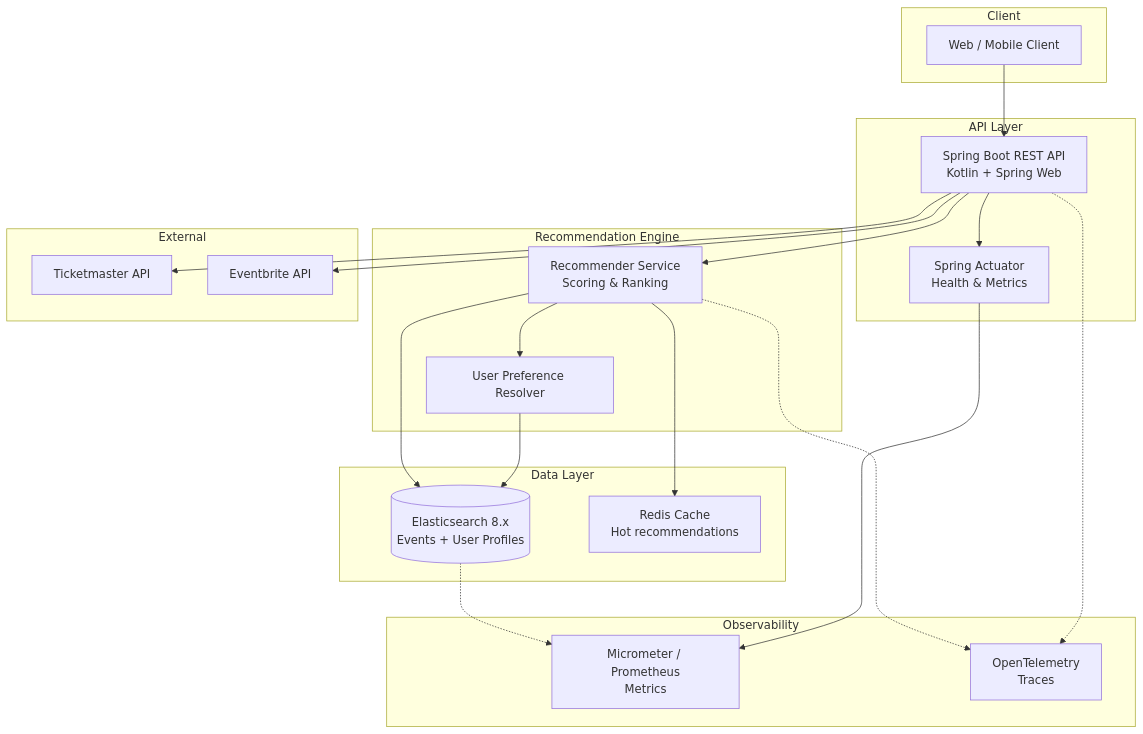
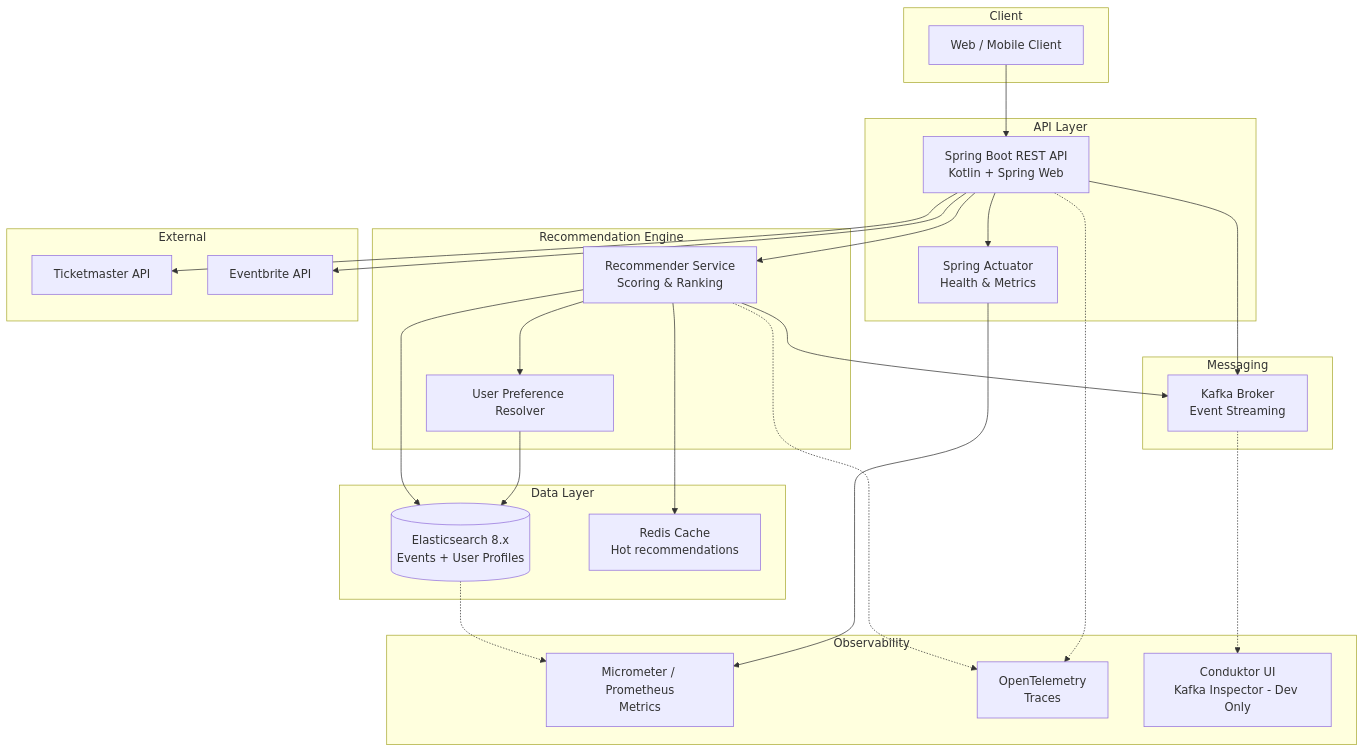
One commit to anilogutveren/event_recommender changed the diagram in .stage/docs/architecture.md. Above: the diagram before and after it, drawn with Mermaid. The commit also changed other lines of this file and 24 other files, not shown here.

````diff
--- a/.stage/docs/architecture.md
+++ b/.stage/docs/architecture.md
@@ -17,45 +17,53 @@
 ```mermaid
 graph TB
     subgraph Client
         WEB[Web / Mobile Client]
     end
 
     subgraph API Layer
         GW[Spring Boot REST API<br/>Kotlin + Spring Web]
         ACT[Spring Actuator<br/>Health & Metrics]
     end
 
     subgraph Recommendation Engine
         REC[Recommender Service<br/>Scoring & Ranking]
         PREF[User Preference Resolver]
     end
 
     subgraph Data Layer
         ES[(Elasticsearch 8.x<br/>Events + User Profiles)]
         CACHE[Redis Cache<br/>Hot recommendations]
     end
 
+    subgraph Messaging
+        KAFKA[Kafka Broker<br/>Event Streaming]
+    end
+
     subgraph Observability
         PROM[Micrometer / Prometheus<br/>Metrics]
         OT[OpenTelemetry<br/>Traces]
+        CONDUKTOR[Conduktor UI<br/>Kafka Inspector - Dev Only]
     end
 
     subgraph External
         TM[Ticketmaster API]
         EB[Eventbrite API]
     end
 
     WEB --> GW
     GW --> REC
     REC --> PREF
     PREF --> ES
     REC --> ES
     REC --> CACHE
+    GW --> KAFKA
+    REC --> KAFKA
     GW --> ACT
     ACT --> PROM
     GW -.-> OT
     REC -.-> OT
     ES -.-> PROM
+    KAFKA -.-> CONDUKTOR
     GW --> TM
     GW --> EB
 ```
````
